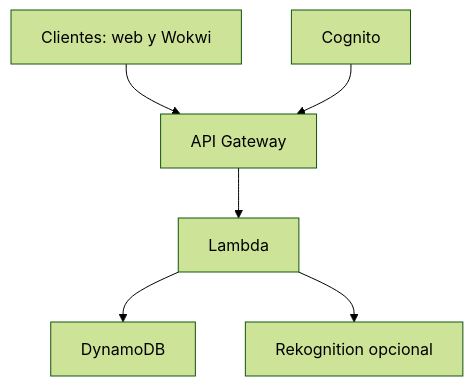
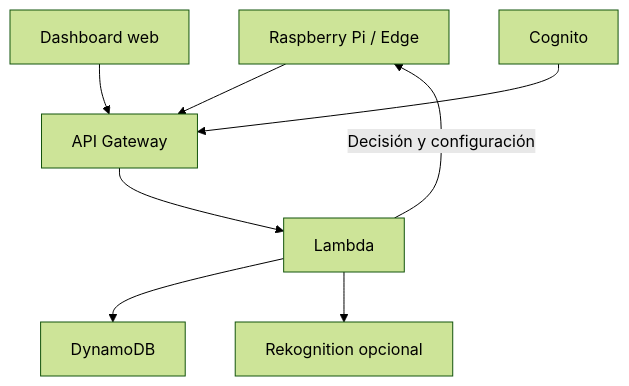
The third of 4 diagrams in README.md (Aburahamu20/Project_You_shall_not_pass), drawn with Mermaid (forest theme) before and after one commit. The commit also changed other lines of this file and 24 other files, not shown here.

````diff
--- a/README.md
+++ b/README.md
@@ -309,8 +315,10 @@
 ```mermaid
 flowchart TD
-    C["Clientes: web y Wokwi"] --> G["API Gateway"]
+    E["Raspberry Pi / Edge"] --> G["API Gateway"]
+    C["Dashboard web"] --> G
     G --> L["Lambda"]
     L --> D["DynamoDB"]
     L --> R["Rekognition opcional"]
     U["Cognito"] --> G
+    L -->|"Decisión y configuración"| E
 ```
````
